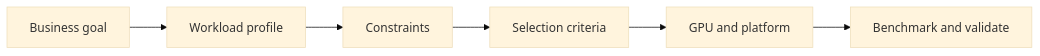
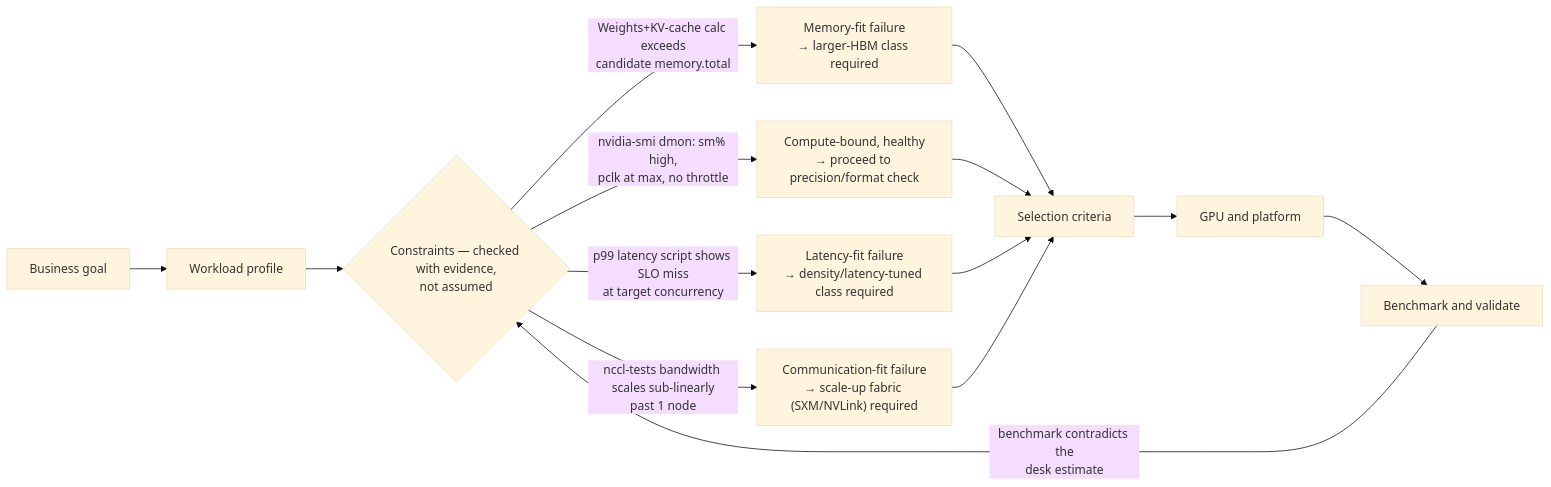
Before and after one commit to jithinpnjm/nvidia-devops: the first of 3 diagrams in docs/nvidia-zero-to-hero/volume-04/chapter-02-workload-first-gpu-selection.md, drawn with Mermaid (base theme). The commit also changed other lines of this file and 6 other files, not shown here.

````diff
--- a/docs/nvidia-zero-to-hero/volume-04/chapter-02-workload-first-gpu-selection.md
+++ b/docs/nvidia-zero-to-hero/volume-04/chapter-02-workload-first-gpu-selection.md
@@ -36,11 +36,16 @@
 ```mermaid
 flowchart LR
-    Goal[Business goal]
-    Workload[Workload profile]
-    Constraints[Constraints]
-    Criteria[Selection criteria]
-    Platform[GPU and platform]
-    Validation[Benchmark and validate]
-
-    Goal --> Workload --> Constraints --> Criteria --> Platform --> Validation
+    Goal[Business goal] --> Workload[Workload profile]
+    Workload --> Constraints{"Constraints — checked with evidence,<br/>not assumed"}
+    Constraints -->|"Weights+KV-cache calc exceeds<br/>candidate memory.total"| MemFail["Memory-fit failure<br/>→ larger-HBM class required"]
+    Constraints -->|"nvidia-smi dmon: sm% high,<br/>pclk at max, no throttle"| ComputeOK["Compute-bound, healthy<br/>→ proceed to precision/format check"]
+    Constraints -->|"p99 latency script shows SLO miss<br/>at target concurrency"| LatencyFail["Latency-fit failure<br/>→ density/latency-tuned class required"]
+    Constraints -->|"nccl-tests bandwidth scales sub-linearly<br/>past 1 node"| CommFail["Communication-fit failure<br/>→ scale-up fabric (SXM/NVLink) required"]
+    MemFail --> Criteria[Selection criteria]
+    ComputeOK --> Criteria
+    LatencyFail --> Criteria
+    CommFail --> Criteria
+    Criteria --> Platform[GPU and platform]
+    Platform --> Validation[Benchmark and validate]
+    Validation -->|"benchmark contradicts the<br/>desk estimate"| Constraints
 ```
````
